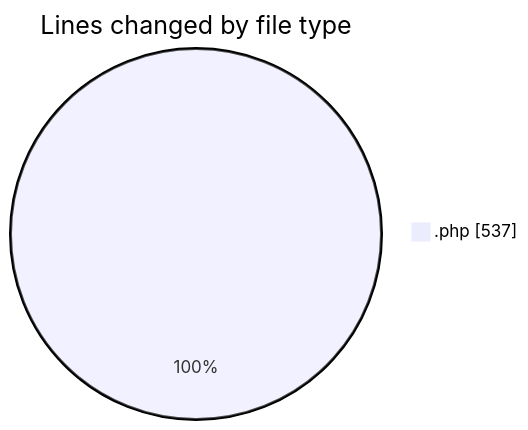
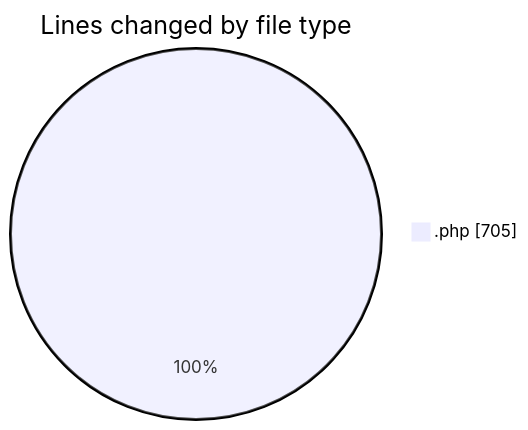
The first of 2 diagrams in 2025-06-23/studio-backend/README.md (idhammustaqopulfikri/code-tracking), drawn with Mermaid before and after one commit. The commit also changed other lines of this file and 1 other file, not shown here.

````diff
--- a/2025-06-23/studio-backend/README.md
+++ b/2025-06-23/studio-backend/README.md
@@ -20,5 +20,5 @@
 ```mermaid
 pie showData
 title Lines changed by file type
-".php" : 537
+".php" : 705
 ```
````
